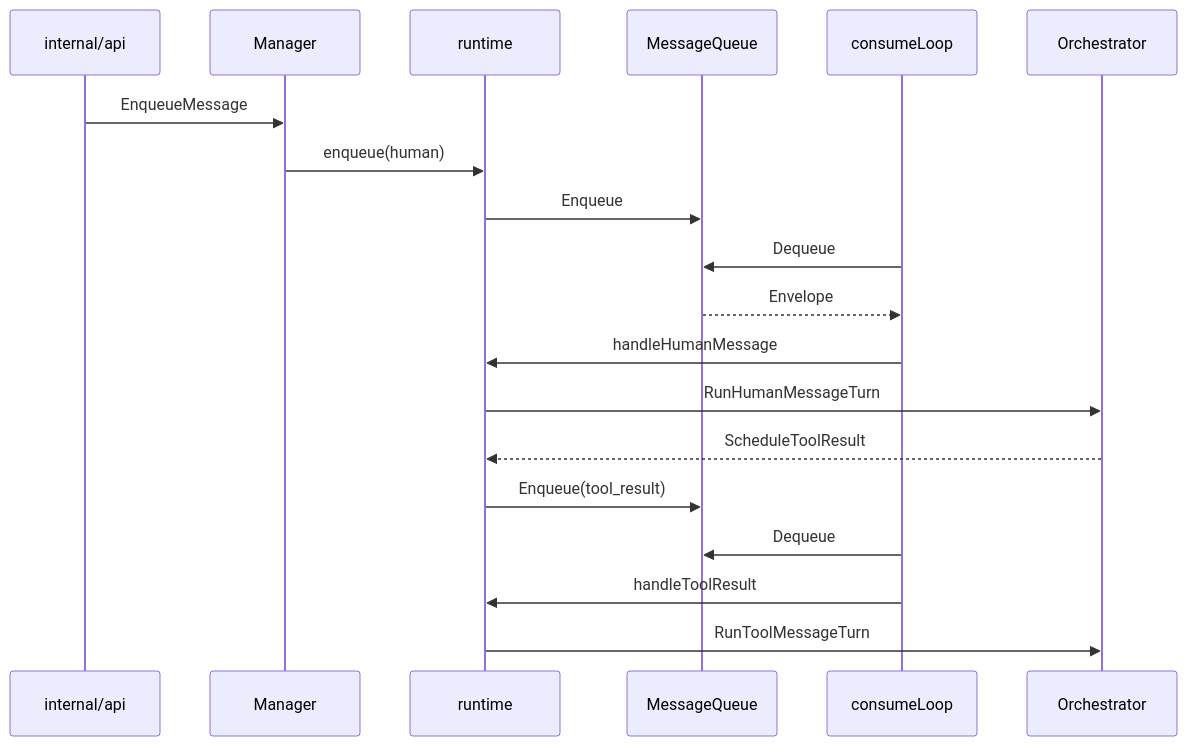
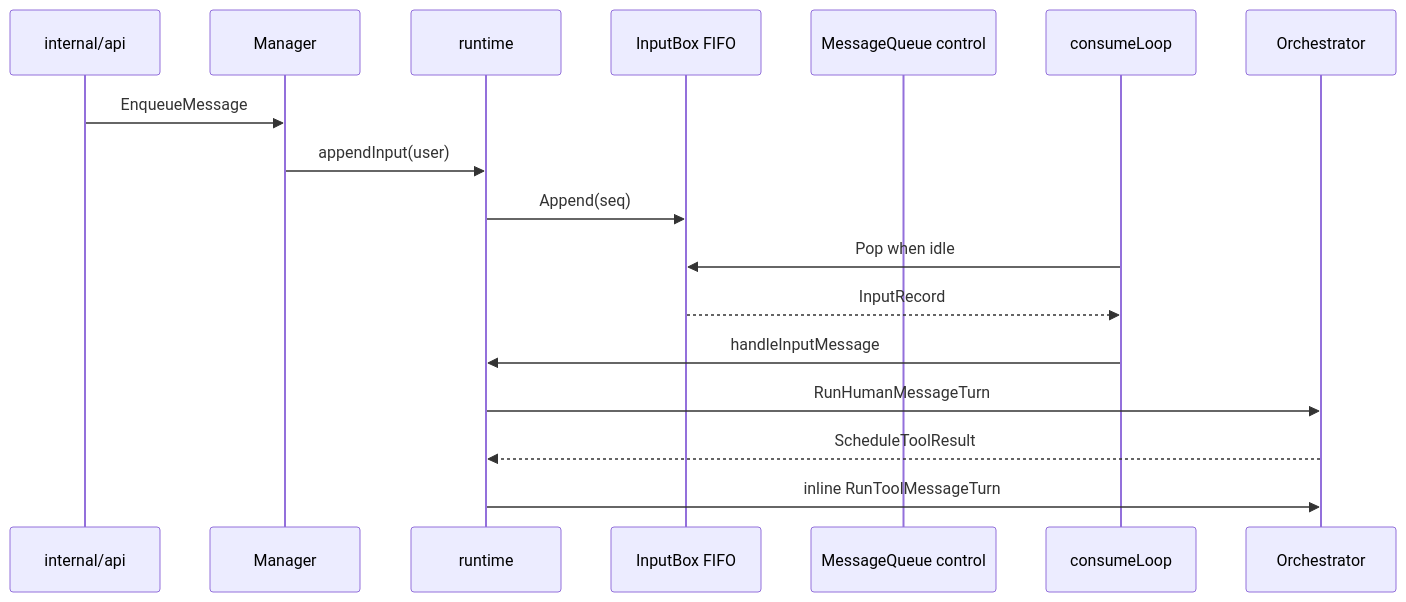
Before and after one commit to DGS-ai-team/DAgents: the second of 2 diagrams in docs/architecture/go-node-internals.md, drawn with Mermaid. The commit also changed other lines of this file and 77 other files, not shown here.

Commit message:
refactor: separate input ingress from turn control queue

````diff
--- a/docs/architecture/go-node-internals.md
+++ b/docs/architecture/go-node-internals.md
@@ -97,22 +99,20 @@
 ```mermaid
 sequenceDiagram
     participant API as internal/api
     participant M as Manager
     participant RT as runtime
-    participant Q as MessageQueue
+    participant I as InputBox FIFO
+    participant Q as MessageQueue control
     participant L as consumeLoop
     participant O as Orchestrator
 
     API->>M: EnqueueMessage
-    M->>RT: enqueue(human)
-    RT->>Q: Enqueue
-    L->>Q: Dequeue
-    Q-->>L: Envelope
-    L->>RT: handleHumanMessage
+    M->>RT: appendInput(user)
+    RT->>I: Append(seq)
+    L->>I: Pop when idle
+    I-->>L: InputRecord
+    L->>RT: handleInputMessage
     RT->>O: RunHumanMessageTurn
     O-->>RT: ScheduleToolResult
-    RT->>Q: Enqueue(tool_result)
-    L->>Q: Dequeue
-    L->>RT: handleToolResult
-    RT->>O: RunToolMessageTurn
+    RT->>O: inline RunToolMessageTurn
 ```
````
